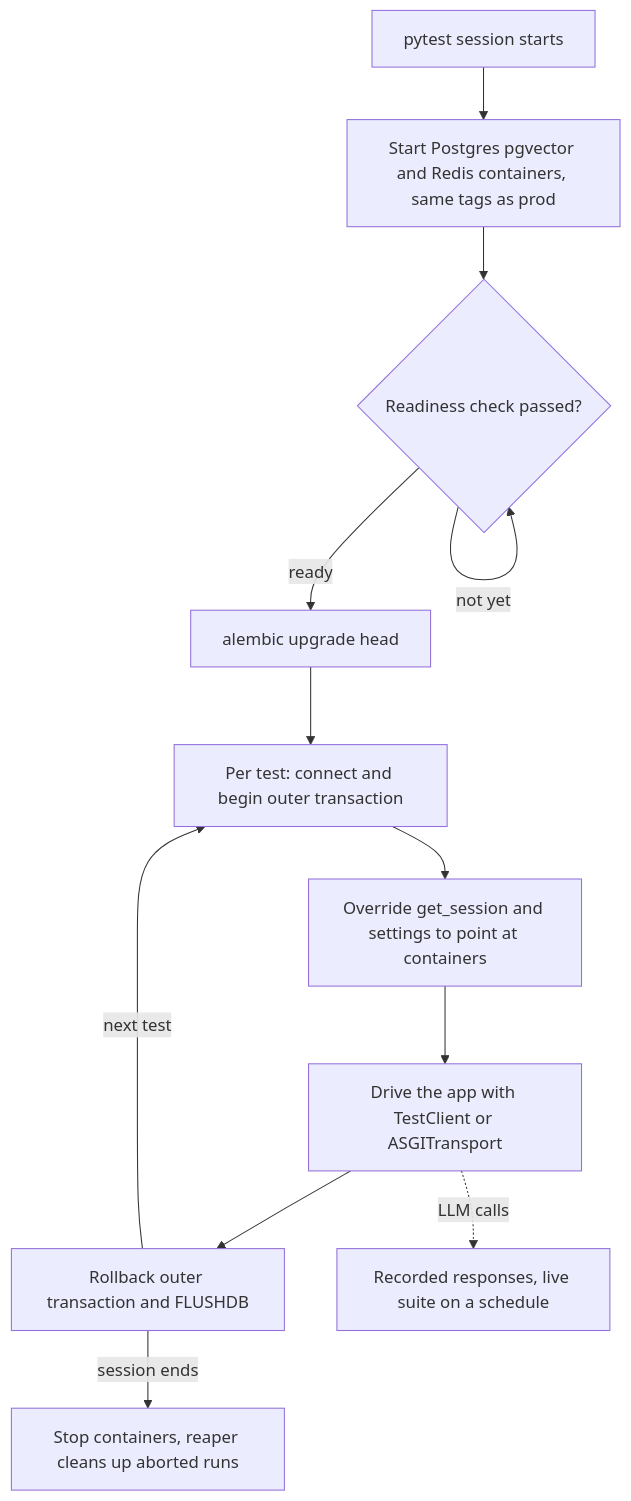
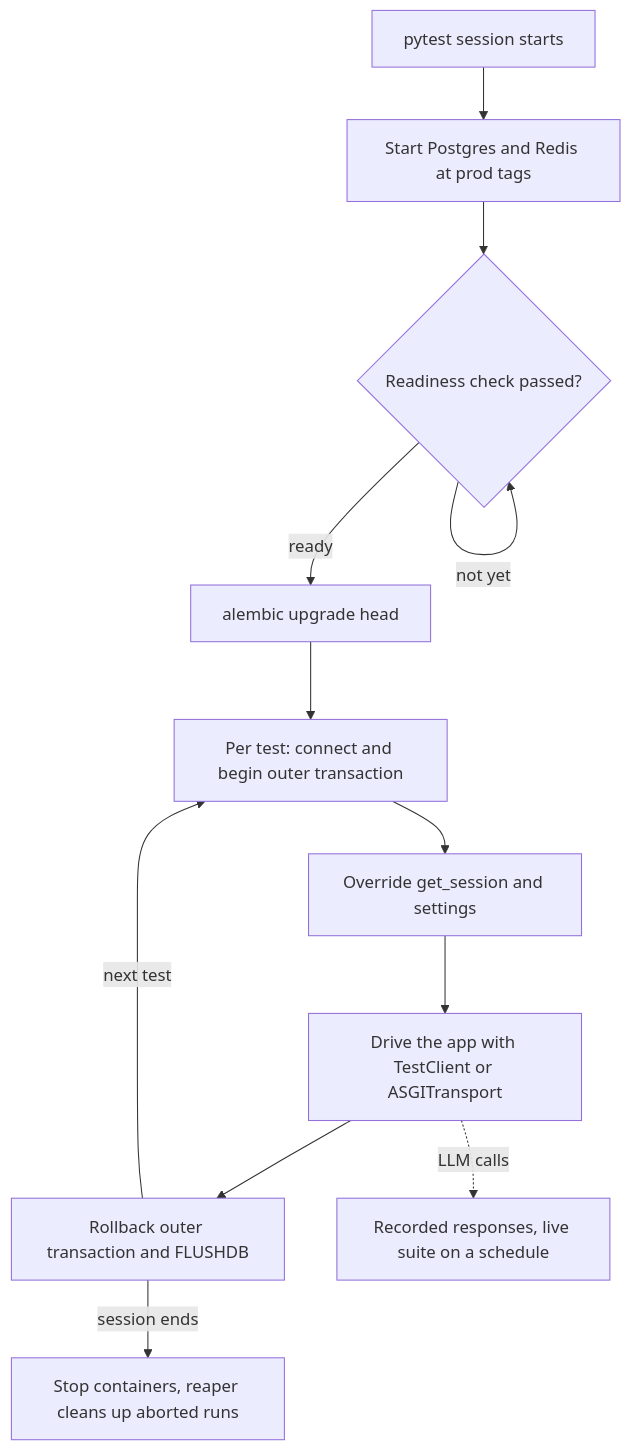
Before and after one commit to lovishmahajan97/agentic-learning: the diagram in content/fastapi-for-ai/integration-tests-with-real-dependencies.md, drawn with Mermaid. The commit also changed other lines of this file and 81 other files, not shown here.

````diff
--- a/content/fastapi-for-ai/integration-tests-with-real-dependencies.md
+++ b/content/fastapi-for-ai/integration-tests-with-real-dependencies.md
@@ -102,14 +103,14 @@
 ```mermaid
 flowchart TD
-    S["pytest session starts"] --> C["Start Postgres pgvector and Redis containers, same tags as prod"]
+    S["pytest session starts"] --> C["Start Postgres and Redis at prod tags"]
     C --> R{"Readiness check passed?"}
     R -->|"not yet"| R
     R -->|"ready"| M["alembic upgrade head"]
     M --> B["Per test: connect and begin outer transaction"]
-    B --> O["Override get_session and settings to point at containers"]
+    B --> O["Override get_session and settings"]
     O --> T["Drive the app with TestClient or ASGITransport"]
     T --> RB["Rollback outer transaction and FLUSHDB"]
     RB -->|"next test"| B
     RB -->|"session ends"| D["Stop containers, reaper cleans up aborted runs"]
     T -.->|"LLM calls"| L["Recorded responses, live suite on a schedule"]
 ```
````
